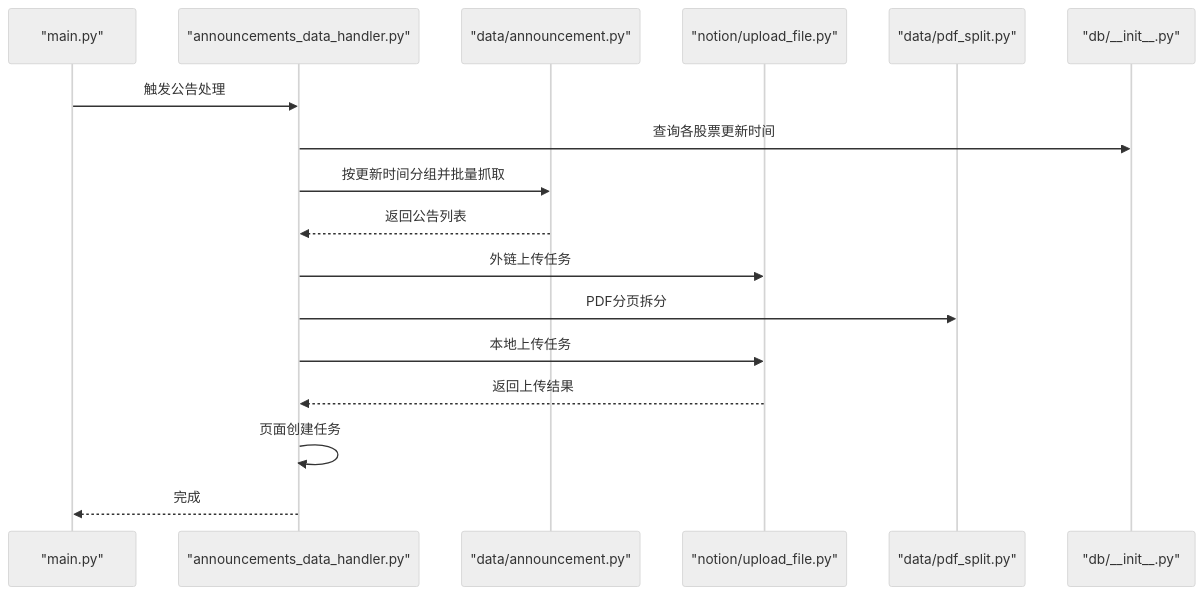
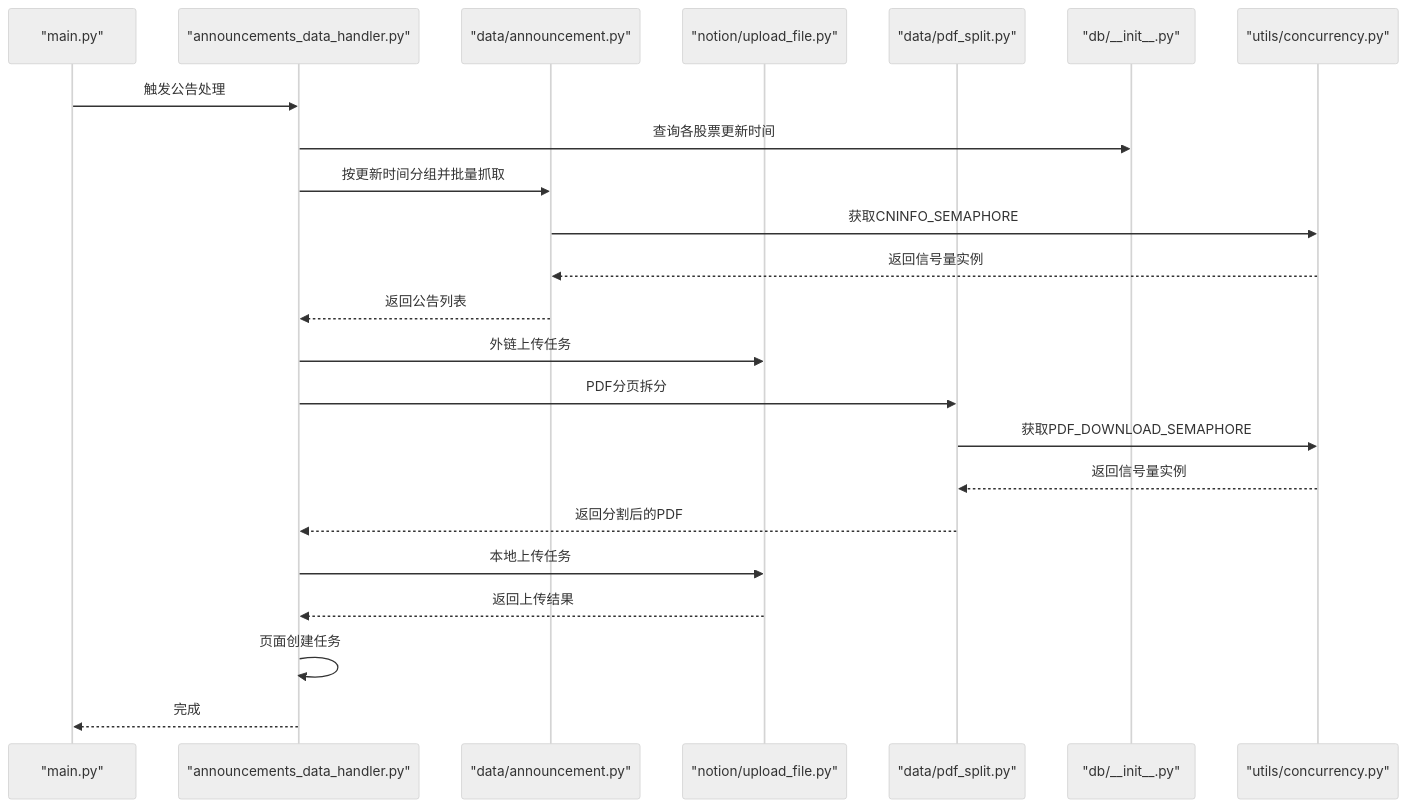
Before and after one commit to iverwong/DataLife: the second of 10 diagrams in .qoder/repowiki/zh/content/性能优化/并发处理优化.md, drawn with Mermaid (neutral theme). The commit also changed other lines of this file and 14 other files, not shown here.

````diff
--- a/.qoder/repowiki/zh/content/性能优化/并发处理优化.md
+++ b/.qoder/repowiki/zh/content/性能优化/并发处理优化.md
@@ -95,19 +120,25 @@
 ```mermaid
 sequenceDiagram
 participant M as "main.py"
 participant H as "announcements_data_handler.py"
 participant A as "data/announcement.py"
 participant U as "notion/upload_file.py"
 participant P as "data/pdf_split.py"
 participant D as "db/__init__.py"
+participant C as "utils/concurrency.py"
 M->>H : 触发公告处理
 H->>D : 查询各股票更新时间
 H->>A : 按更新时间分组并批量抓取
+A->>C : 获取CNINFO_SEMAPHORE
+C-->>A : 返回信号量实例
 A-->>H : 返回公告列表
 H->>U : 外链上传任务
 H->>P : PDF分页拆分
+P->>C : 获取PDF_DOWNLOAD_SEMAPHORE
+C-->>P : 返回信号量实例
+P-->>H : 返回分割后的PDF
 H->>U : 本地上传任务
 U-->>H : 返回上传结果
 H->>H : 页面创建任务
 H-->>M : 完成
 ```
````
